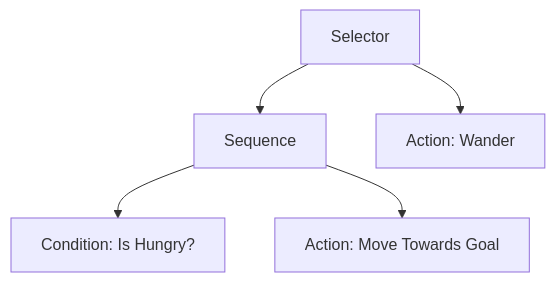
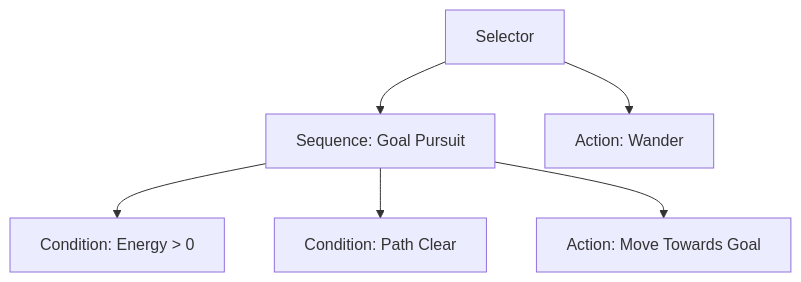
The second of 2 diagrams in README.md (armash66/agent-architecture-lab), drawn with Mermaid before and after one commit. The commit also changed other lines of this file, not shown here.

Commit message:
docs: enhanced README with mermaid diagrams and math models

````diff
--- a/README.md
+++ b/README.md
@@ -90,7 +68,9 @@
 ```mermaid
 graph TD
-    Root[Selector] --> Sequence
-    Root --> Wander[Action: Wander]
-    Sequence --> IsHungry[Condition: Is Hungry?]
-    Sequence --> MoveToGoal[Action: Move Towards Goal]
+    Root[Selector] --> SeqMatch[Sequence: Goal Pursuit]
+    Root --> Fallback[Action: Wander]
+    
+    SeqMatch --> CondEnergy[Condition: Energy > 0]
+    SeqMatch --> CondClear[Condition: Path Clear]
+    SeqMatch --> ActMove[Action: Move Towards Goal]
 ```
````
